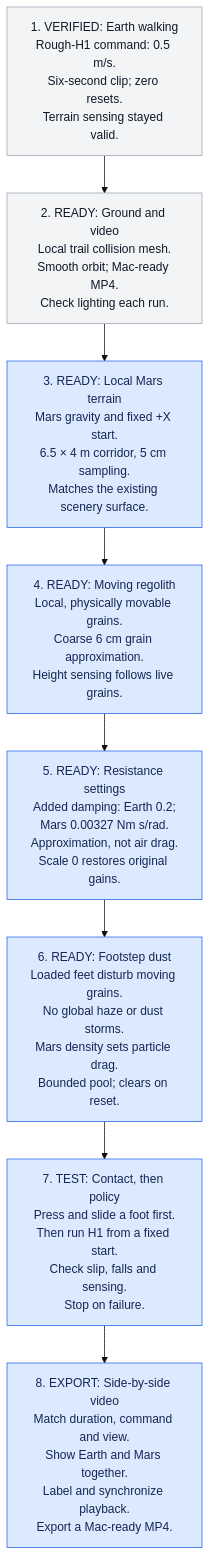
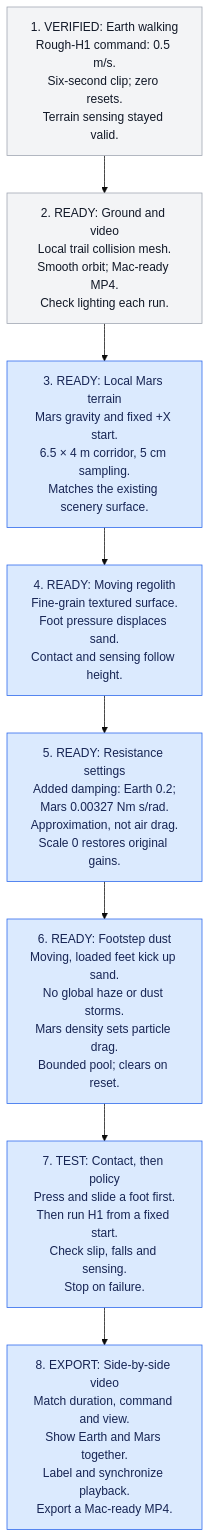
Before and after one commit to eddie-wq07/Mars-Project: the third of 3 diagrams in README.md, drawn with Mermaid (base theme). The commit also changed other lines of this file and 10 other files, not shown here.

Commit message:
step 4: Implement fine sand surface

````diff
--- a/README.md
+++ b/README.md
@@ -124,18 +124,18 @@
 ```mermaid
 flowchart TD
     earth["1. VERIFIED: Earth walking<br/>Rough-H1 command: 0.5 m/s.<br/>Six-second clip; zero resets.<br/>Terrain sensing stayed valid."]
     capture["2. READY: Ground and video<br/>Local trail collision mesh.<br/>Smooth orbit; Mac-ready MP4.<br/>Check lighting each run."]
     mars["3. READY: Local Mars terrain<br/>Mars gravity and fixed +X start.<br/>6.5 × 4 m corridor, 5 cm sampling.<br/>Matches the existing scenery surface."]
-    soil["4. READY: Moving regolith<br/>Local, physically movable grains.<br/>Coarse 6 cm grain approximation.<br/>Height sensing follows live grains."]
+    soil["4. READY: Moving regolith<br/>Fine-grain textured surface.<br/>Foot pressure displaces sand.<br/>Contact and sensing follow height."]
     damping["5. READY: Resistance settings<br/>Added damping: Earth 0.2;<br/>Mars 0.00327 Nm s/rad.<br/>Approximation, not air drag.<br/>Scale 0 restores original gains."]
-    dust["6. READY: Footstep dust<br/>Loaded feet disturb moving grains.<br/>No global haze or dust storms.<br/>Mars density sets particle drag.<br/>Bounded pool; clears on reset."]
+    dust["6. READY: Footstep dust<br/>Moving, loaded feet kick up sand.<br/>No global haze or dust storms.<br/>Mars density sets particle drag.<br/>Bounded pool; clears on reset."]
     test["7. TEST: Contact, then policy<br/>Press and slide a foot first.<br/>Then run H1 from a fixed start.<br/>Check slip, falls and sensing.<br/>Stop on failure."]
     compare["8. EXPORT: Side-by-side video<br/>Match duration, command and view.<br/>Show Earth and Mars together.<br/>Label and synchronize playback.<br/>Export a Mac-ready MP4."]
 
     earth --> capture --> mars --> soil --> damping --> dust --> test --> compare
 
     classDef core fill:#dbeafe,stroke:#2563eb,color:#172554;
     classDef support fill:#f3f4f6,stroke:#9ca3af,color:#111827;
     class mars,soil,damping,dust,test,compare core;
     class earth,capture support;
 ```
````
